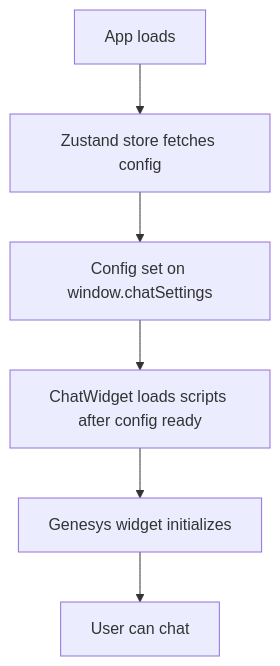
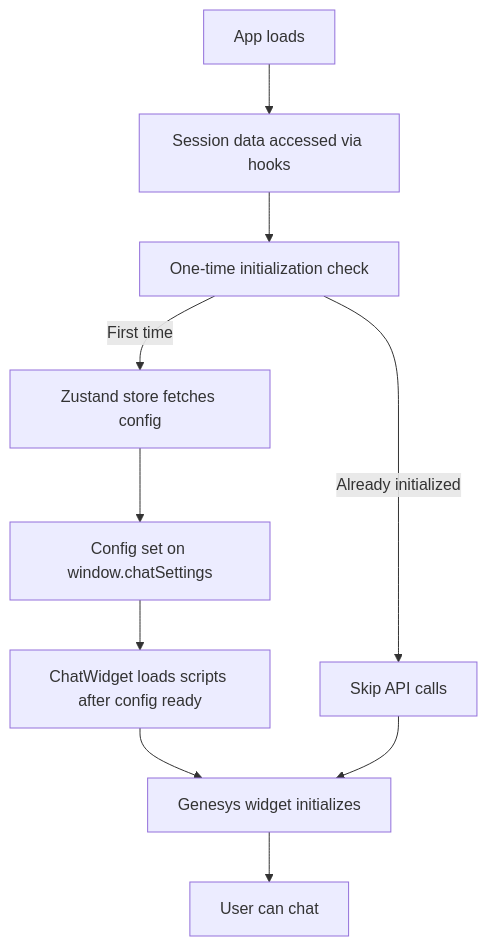
One commit to qmarcelle/shared-portal changed the diagram in src/app/chat/README.md. Above: the diagram before and after it, drawn with Mermaid. The commit also changed other lines of this file and 5 other files, not shown here.

First line of the commit message:
feat(chat): enhance Genesys chat configuration validation and logging

````diff
--- a/src/app/chat/README.md
+++ b/src/app/chat/README.md
@@ -89,8 +128,12 @@
 ```mermaid
 flowchart TD
-    A[App loads] --> B[Zustand store fetches config]
-    B --> C[Config set on window.chatSettings]
-    C --> D[ChatWidget loads scripts after config ready]
-    D --> E[Genesys widget initializes]
-    E --> F[User can chat]
+    A[App loads] --> B[Session data accessed via hooks]
+    B --> C[One-time initialization check]
+    C -->|First time| D[Zustand store fetches config]
+    C -->|Already initialized| G[Skip API calls]
+    D --> E[Config set on window.chatSettings]
+    E --> F[ChatWidget loads scripts after config ready]
+    F --> H[Genesys widget initializes]
+    G --> H
+    H --> I[User can chat]
 ```
````
